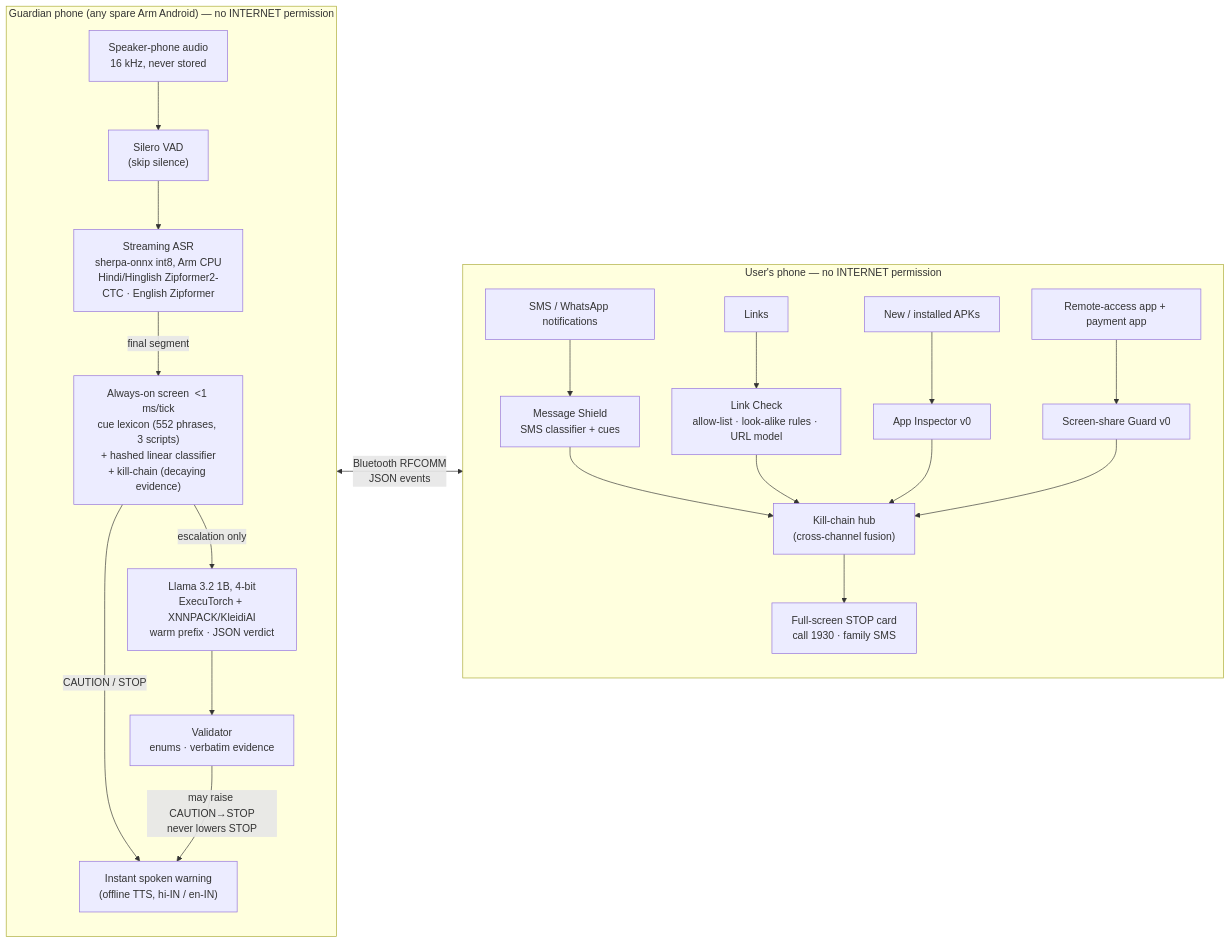
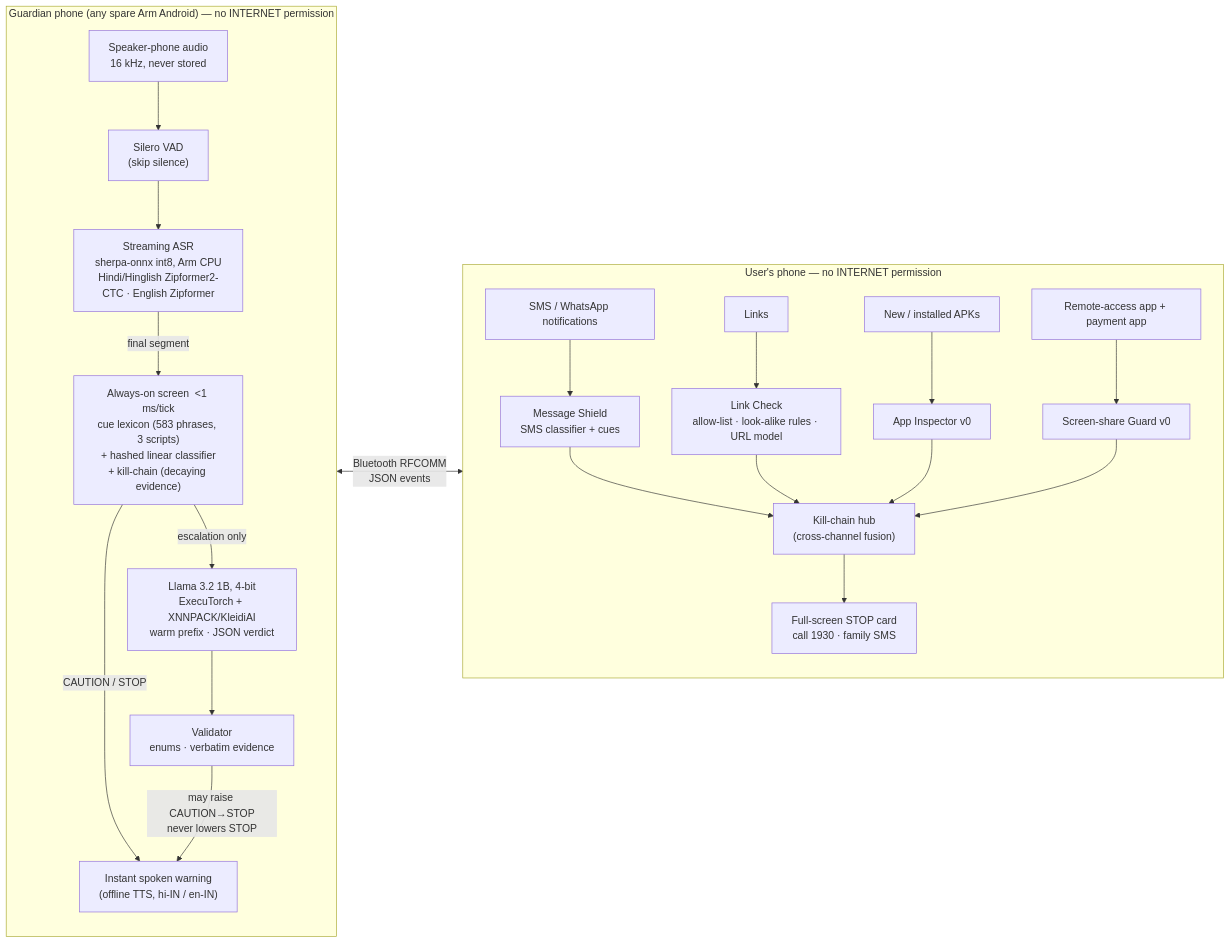
Before and after one commit to siddhaantxsingh/KAVACH: the diagram in docs/figures/architecture.mmd, drawn with Mermaid. The commit also changed 22 other files, not shown here.

```diff
--- a/docs/figures/architecture.mmd
+++ b/docs/figures/architecture.mmd
@@ -1,19 +1,19 @@
 flowchart LR
   subgraph G["Guardian phone (any spare Arm Android) — no INTERNET permission"]
     MIC["Speaker-phone audio<br/>16 kHz, never stored"] --> VAD["Silero VAD<br/>(skip silence)"]
     VAD --> ASR["Streaming ASR<br/>sherpa-onnx int8, Arm CPU<br/>Hindi/Hinglish Zipformer2-CTC · English Zipformer"]
-    ASR -->|"final segment"| FAST["Always-on screen  &lt;1 ms/tick<br/>cue lexicon (552 phrases, 3 scripts)<br/>+ hashed linear classifier<br/>+ kill-chain (decaying evidence)"]
+    ASR -->|"final segment"| FAST["Always-on screen  &lt;1 ms/tick<br/>cue lexicon (583 phrases, 3 scripts)<br/>+ hashed linear classifier<br/>+ kill-chain (decaying evidence)"]
     FAST -->|"CAUTION / STOP"| SPEAK1["Instant spoken warning<br/>(offline TTS, hi-IN / en-IN)"]
     FAST -->|"escalation only"| LLM["Llama 3.2 1B, 4-bit<br/>ExecuTorch + XNNPACK/KleidiAI<br/>warm prefix · JSON verdict"]
     LLM --> VAL["Validator<br/>enums · verbatim evidence"]
     VAL -->|"may raise CAUTION→STOP<br/>never lowers STOP"| SPEAK1
   end
   subgraph M["User's phone — no INTERNET permission"]
     N["SMS / WhatsApp notifications"] --> MS["Message Shield<br/>SMS classifier + cues"]
     L["Links"] --> LC["Link Check<br/>allow-list · look-alike rules · URL model"]
     A["New / installed APKs"] --> AI["App Inspector v0"]
     S["Remote-access app + payment app"] --> SG["Screen-share Guard v0"]
     MS & LC & AI & SG --> KC["Kill-chain hub<br/>(cross-channel fusion)"]
     KC --> STOP["Full-screen STOP card<br/>call 1930 · family SMS"]
   end
   G <-->|"Bluetooth RFCOMM<br/>JSON events"| M
```
